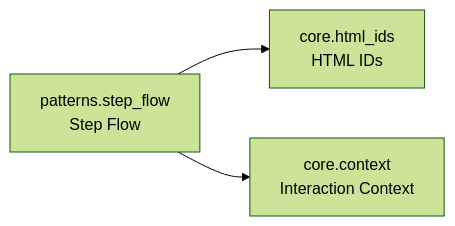
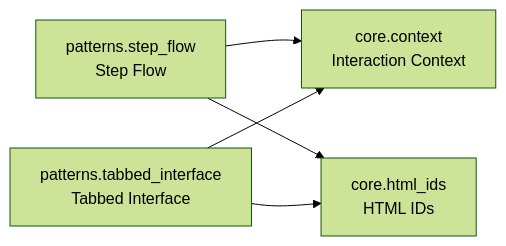
Before and after one commit to cj-mills/cjm-fasthtml-interactions: the diagram in README.md, drawn with Mermaid (forest theme). The commit also changed other lines of this file and 7 other files, not shown here.

Commit message:
Implement tabbed interface pattern.

````diff
--- a/README.md
+++ b/README.md
@@ -25,9 +26,12 @@
 ``` mermaid
 graph LR
     core_context[core.context<br/>Interaction Context]
     core_html_ids[core.html_ids<br/>HTML IDs]
     patterns_step_flow[patterns.step_flow<br/>Step Flow]
+    patterns_tabbed_interface[patterns.tabbed_interface<br/>Tabbed Interface]
 
+    patterns_step_flow --> core_context
     patterns_step_flow --> core_html_ids
-    patterns_step_flow --> core_context
+    patterns_tabbed_interface --> core_context
+    patterns_tabbed_interface --> core_html_ids
 ```
````
